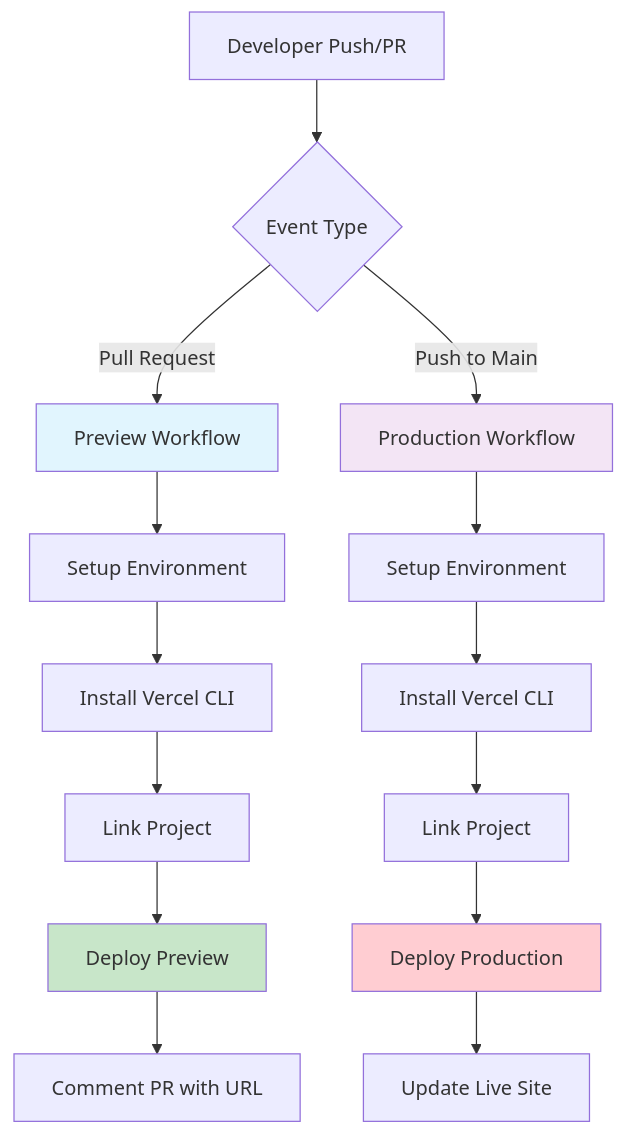
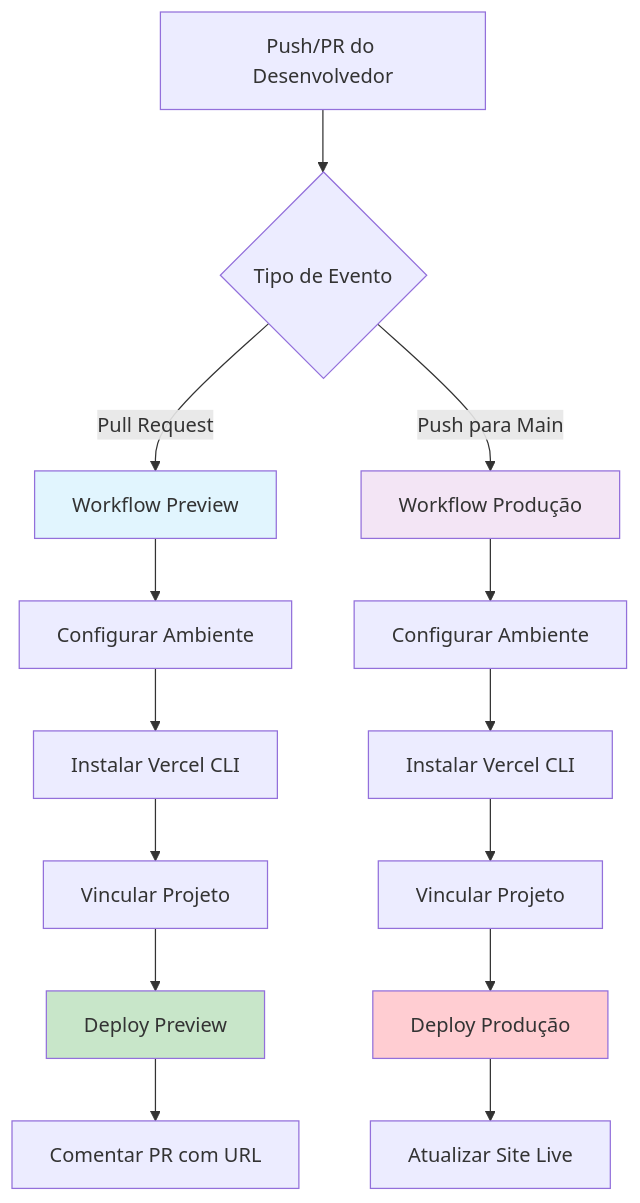
The diagram in VERCEL_WORKFLOW.md (devviniuchita/fechamento_de_caixa), drawn with Mermaid before and after one commit. The commit also changed other lines of this file, not shown here.

First line of the commit message:
docs: traduzir documentação do workflow CI/CD Vercel para português

````diff
--- a/VERCEL_WORKFLOW.md
+++ b/VERCEL_WORKFLOW.md
@@ -37,23 +37,23 @@
 ```mermaid
 graph TD
-    A[Developer Push/PR] --> B{Event Type}
-    B -->|Pull Request| C[Preview Workflow]
-    B -->|Push to Main| D[Production Workflow]
-    
-    C --> E[Setup Environment]
-    E --> F[Install Vercel CLI]
-    F --> G[Link Project]
+    A[Push/PR do Desenvolvedor] --> B{Tipo de Evento}
+    B -->|Pull Request| C[Workflow Preview]
+    B -->|Push para Main| D[Workflow Produção]
+
+    C --> E[Configurar Ambiente]
+    E --> F[Instalar Vercel CLI]
+    F --> G[Vincular Projeto]
     G --> H[Deploy Preview]
-    H --> I[Comment PR with URL]
-    
-    D --> J[Setup Environment]
-    J --> K[Install Vercel CLI]
-    K --> L[Link Project]
-    L --> M[Deploy Production]
-    M --> N[Update Live Site]
-    
+    H --> I[Comentar PR com URL]
+
+    D --> J[Configurar Ambiente]
+    J --> K[Instalar Vercel CLI]
+    K --> L[Vincular Projeto]
+    L --> M[Deploy Produção]
+    M --> N[Atualizar Site Live]
+
     style C fill:#e1f5fe
     style D fill:#f3e5f5
     style H fill:#c8e6c9
     style M fill:#ffcdd2
 ```
````
